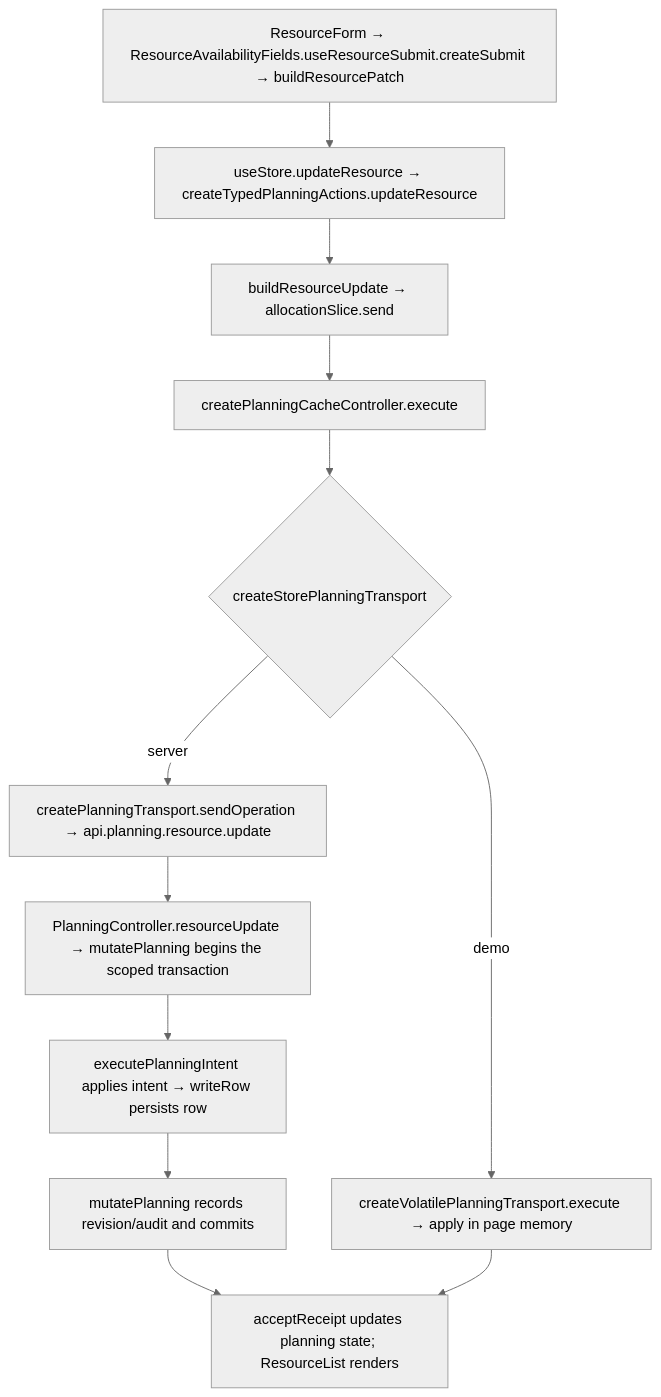
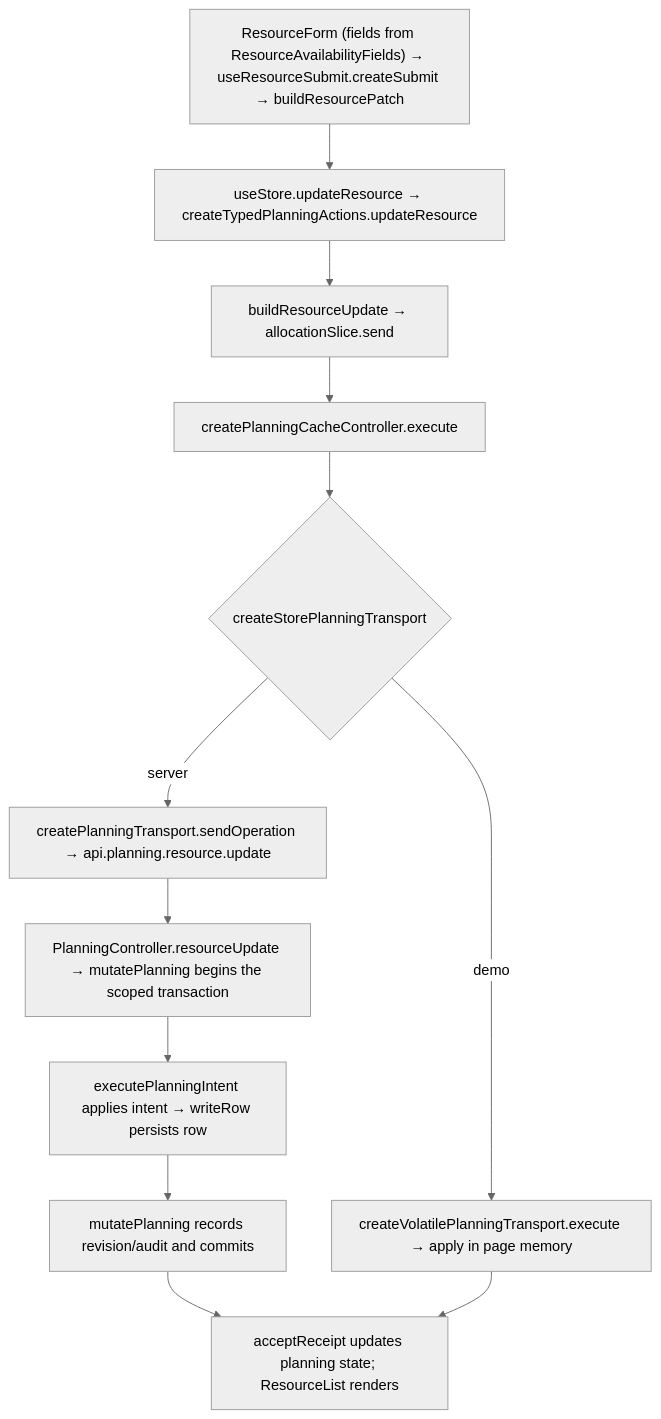
One commit to Kevinjohn/capacitylens changed the second of 2 diagrams in user-stories/resources/US-RES-06-working-hours.md. Above: the diagram before and after it, drawn with Mermaid (neutral theme). The commit also changed other lines of this file and 119 other files, not shown here.

First line of the commit message:
docs: correct story text and flow diagrams against current source

````diff
--- a/user-stories/resources/US-RES-06-working-hours.md
+++ b/user-stories/resources/US-RES-06-working-hours.md
@@ -29,9 +29,9 @@
 ```mermaid
 flowchart TD
-  A["ResourceForm → ResourceAvailabilityFields.useResourceSubmit.createSubmit → buildResourcePatch"] --> B["useStore.updateResource → createTypedPlanningActions.updateResource"]
+  A["ResourceForm (fields from ResourceAvailabilityFields) → useResourceSubmit.createSubmit → buildResourcePatch"] --> B["useStore.updateResource → createTypedPlanningActions.updateResource"]
   B --> C["buildResourceUpdate → allocationSlice.send"]
   C --> D["createPlanningCacheController.execute"] --> E{"createStorePlanningTransport"}
   E -->|server| F["createPlanningTransport.sendOperation → api.planning.resource.update"] --> G["PlanningController.resourceUpdate → mutatePlanning begins the scoped transaction"]
   G --> H["executePlanningIntent applies intent → writeRow persists row"] --> K["mutatePlanning records revision/audit and commits"] --> J["acceptReceipt updates planning state; ResourceList renders"]
   E -->|demo| I["createVolatilePlanningTransport.execute → apply in page memory"] --> J
 ```
````
